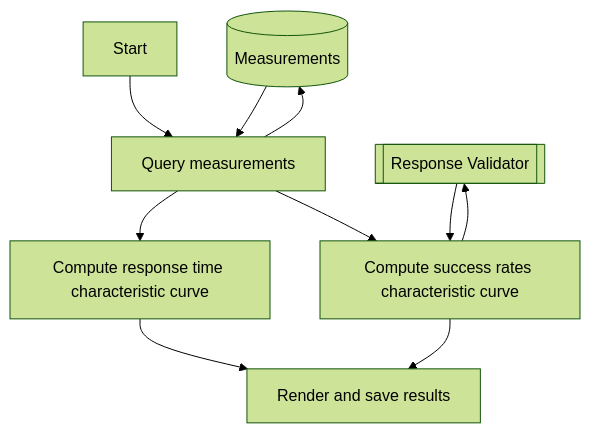
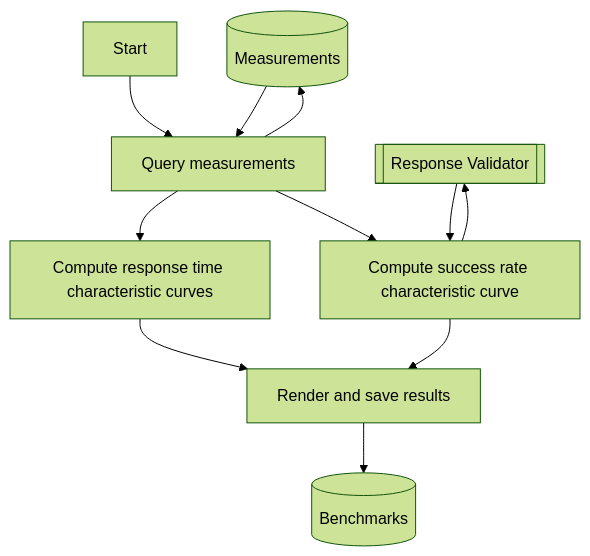
Before and after one commit to joshuanario/pepepages: the second of 2 diagrams in public/perf_eng.md, drawn with Mermaid (forest theme). The commit also changed other lines of this file, not shown here.

````diff
--- a/public/perf_eng.md
+++ b/public/perf_eng.md
@@ -22,14 +17,16 @@
 ```mermaid
 flowchart TD
     sp[[Response Validator]]
     db[(Measurements)]
     A[Start] --> B[Query measurements]
     B --> db
     db --> B
-    B --> C[Compute response time characteristic curve]
-    B --> D[Compute success rates characteristic curve]
+    B --> C[Compute response time characteristic curves]
+    B --> D[Compute success rate characteristic curve]
     D --> sp
     sp --> D
     C --> E[Render and save results]
     D --> E
+    E --> store
+    store[(Benchmarks)]
 ```
````
